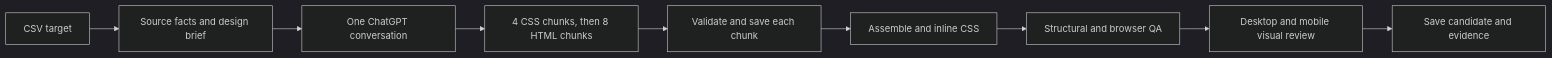
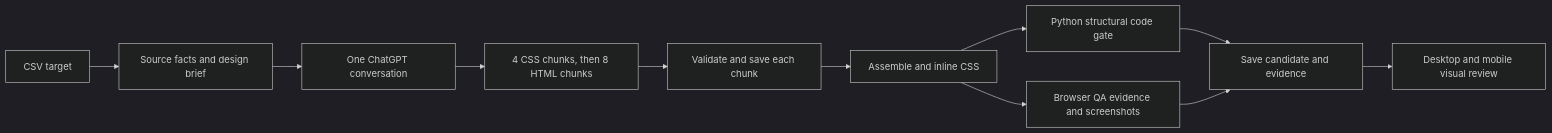
Before and after one commit to hometownredesignsites/git-content: the diagram in chatgpt_automation/README.md, drawn with Mermaid (dark theme). The commit also changed other lines of this file and 3 other files, not shown here.

Commit message:
feat: strengthen structural website quality gate

````diff
--- a/chatgpt_automation/README.md
+++ b/chatgpt_automation/README.md
@@ -5,11 +5,13 @@
 ```mermaid
 flowchart LR
   A[CSV target] --> B[Source facts and design brief]
   B --> C[One ChatGPT conversation]
   C --> D[4 CSS chunks, then 8 HTML chunks]
   D --> E[Validate and save each chunk]
   E --> F[Assemble and inline CSS]
-  F --> G[Structural and browser QA]
-  G --> H[Desktop and mobile visual review]
-  H --> I[Save candidate and evidence]
+  F --> G[Python structural code gate]
+  F --> H[Browser QA evidence and screenshots]
+  G --> I[Save candidate and evidence]
+  H --> I
+  I --> J[Desktop and mobile visual review]
 ```
````
